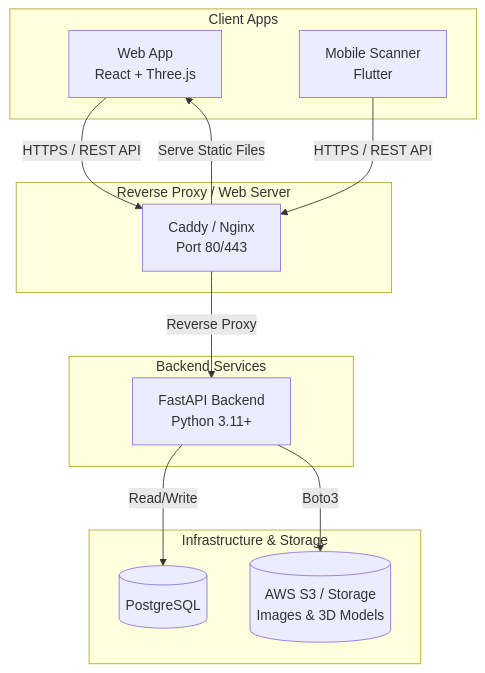
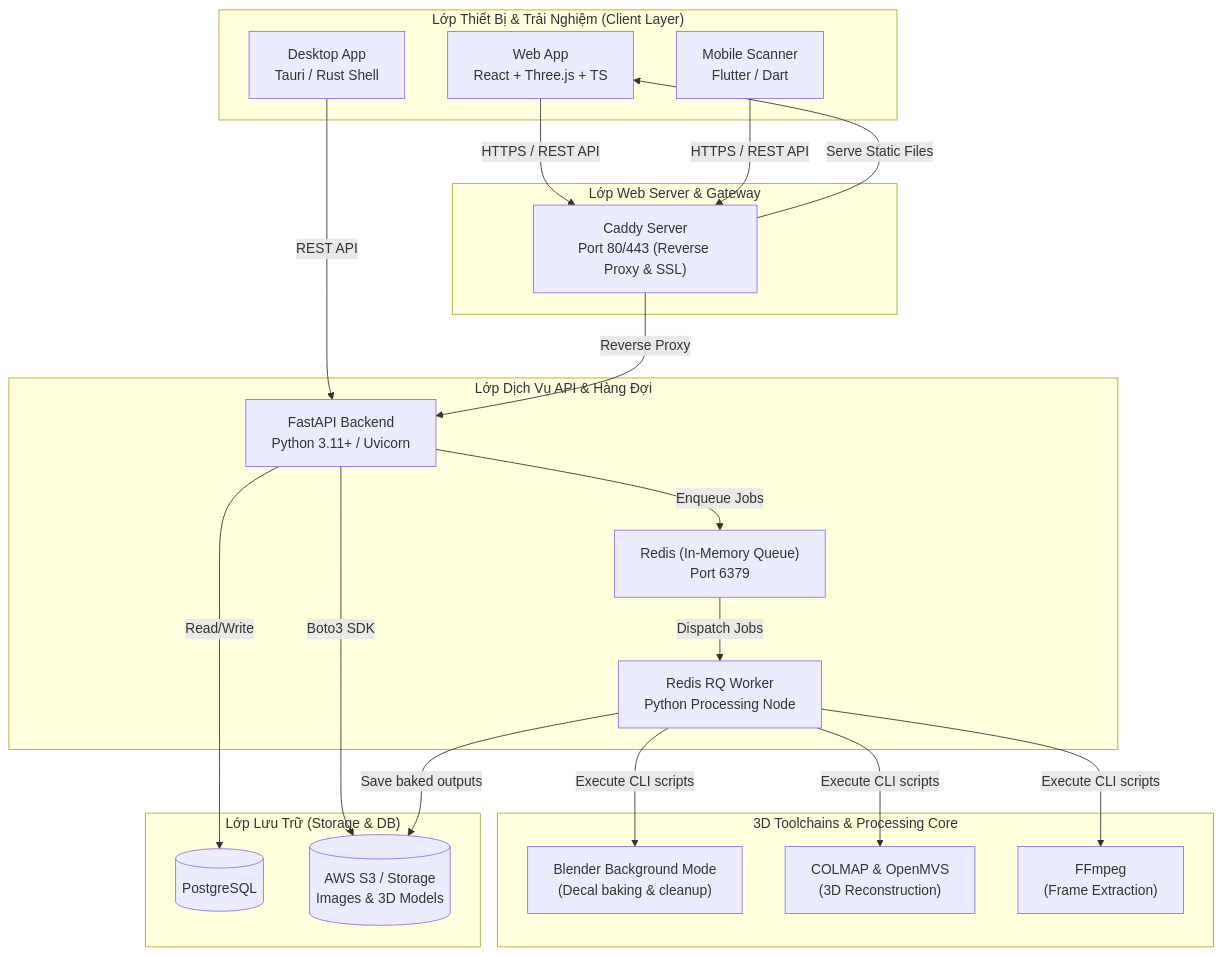
The diagram in docs/tech-stack-overview.md (EXE-CAPSTONE-TEAM/ar-ai-exe), drawn with Mermaid before and after one commit. The commit also changed other lines of this file, not shown here.

````diff
--- a/docs/tech-stack-overview.md
+++ b/docs/tech-stack-overview.md
@@ -9,28 +11,44 @@
 ```mermaid
-graph TD
-    subgraph Client Apps
-        Web[Web App<br/>React + Three.js]
-        Mobile[Mobile Scanner<br/>Flutter]
+flowchart TD
+    subgraph Clients["Lớp Thiết Bị & Trải Nghiệm (Client Layer)"]
+        Web["Web App<br/>React + Three.js + TS"]
+        Mobile["Mobile Scanner<br/>Flutter / Dart"]
+        Tauri["Desktop App<br/>Tauri / Rust Shell"]
     end
 
-    subgraph Reverse Proxy / Web Server
-        Caddy[Caddy / Nginx<br/>Port 80/443]
+    subgraph Gateway["Lớp Web Server & Gateway"]
+        Caddy["Caddy Server<br/>Port 80/443 (Reverse Proxy & SSL)"]
     end
 
-    subgraph Backend Services
-        API[FastAPI Backend<br/>Python 3.11+]
+    subgraph BackendServices["Lớp Dịch Vụ API & Hàng Đợi"]
+        API["FastAPI Backend<br/>Python 3.11+ / Uvicorn"]
+        Redis["Redis (In-Memory Queue)<br/>Port 6379"]
+        Worker["Redis RQ Worker<br/>Python Processing Node"]
     end
 
-    subgraph Infrastructure & Storage
+    subgraph Lõi3D["3D Toolchains & Processing Core"]
+        Blender["Blender Background Mode<br/>(Decal baking & cleanup)"]
+        COLMAP["COLMAP & OpenMVS<br/>(3D Reconstruction)"]
+        FFmpeg["FFmpeg<br/>(Frame Extraction)"]
+    end
+
+    subgraph Infrastructure["Lớp Lưu Trữ (Storage & DB)"]
         DB[(PostgreSQL)]
         S3[(AWS S3 / Storage<br/>Images & 3D Models)]
     end
 
-    %% Connections
+    %% Giao tiếp
     Web -->|HTTPS / REST API| Caddy
     Mobile -->|HTTPS / REST API| Caddy
+    Tauri -->|REST API| API
     Caddy -->|Reverse Proxy| API
     Caddy -->|Serve Static Files| Web
     API -->|Read/Write| DB
-    API -->|Boto3| S3
+    API -->|Boto3 SDK| S3
+    API -->|Enqueue Jobs| Redis
+    Redis -->|Dispatch Jobs| Worker
+    Worker -->|Execute CLI scripts| Blender
+    Worker -->|Execute CLI scripts| COLMAP
+    Worker -->|Execute CLI scripts| FFmpeg
+    Worker -->|Save baked outputs| S3
 ```
````
